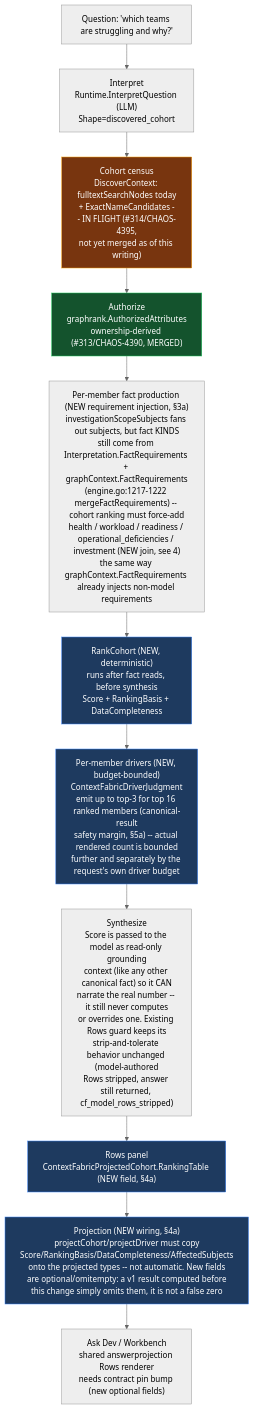
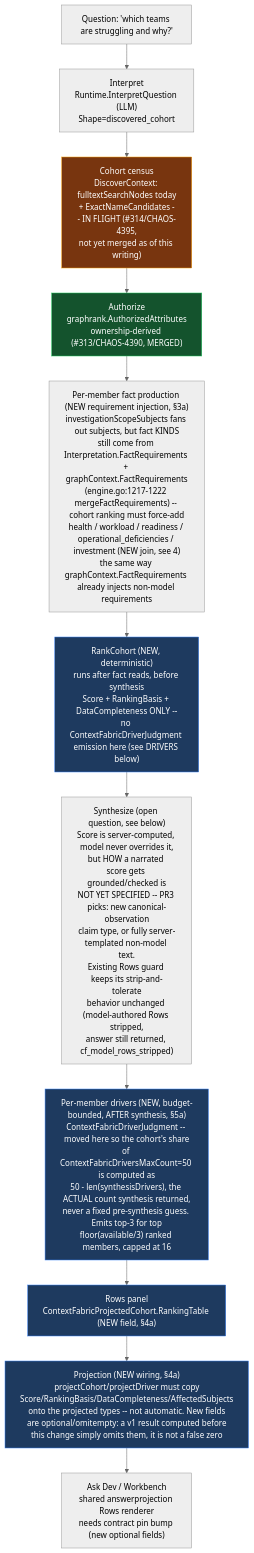
Before and after one commit to full-chaos/dev-health-acr: the first of 2 diagrams in docs/design/context-fabric-subject-model-and-cohort-answers.md, drawn with Mermaid (neutral theme). The commit also changed other lines of this file, not shown here.

Commit message:
docs: fix cohort design round 4 per codex (score grounding as open question, target-scalar availability, SourceTruncated resolution, post-synthesis driver budget, mix-shift tiebreak, AGENTS.md citation fixes)

````diff
--- a/docs/design/context-fabric-subject-model-and-cohort-answers.md
+++ b/docs/design/context-fabric-subject-model-and-cohort-answers.md
@@ -99,20 +99,20 @@
 ```mermaid
 flowchart TD
   Q["Question: 'which teams are struggling and why?'"] --> INTERPRET["Interpret<br/>Runtime.InterpretQuestion (LLM)<br/>Shape=discovered_cohort"]
   INTERPRET --> CENSUS["Cohort census<br/>DiscoverContext: fulltextSearchNodes today<br/>+ ExactNameCandidates -- IN FLIGHT (#314/CHAOS-4395,<br/>not yet merged as of this writing)"]
   CENSUS --> AUTHZ["Authorize<br/>graphrank.AuthorizedAttributes<br/>ownership-derived (#313/CHAOS-4390, MERGED)"]
   AUTHZ --> FACTS["Per-member fact production (NEW requirement injection, §3a)<br/>investigationScopeSubjects fans out subjects, but fact KINDS<br/>still come from Interpretation.FactRequirements + graphContext.FactRequirements<br/>(engine.go:1217-1222 mergeFactRequirements) -- cohort ranking must force-add<br/>health / workload / readiness / operational_deficiencies / investment (NEW join, see 4)<br/>the same way graphContext.FactRequirements already injects non-model requirements"]
-  FACTS --> RANK["RankCohort (NEW, deterministic)<br/>runs after fact reads, before synthesis<br/>Score + RankingBasis + DataCompleteness"]
-  RANK --> DRIVERS["Per-member drivers (NEW, budget-bounded)<br/>ContextFabricDriverJudgment<br/>emit up to top-3 for top 16 ranked members (canonical-result<br/>safety margin, §5a) -- actual rendered count is bounded<br/>further and separately by the request's own driver budget"]
-  DRIVERS --> SYNTH["Synthesize<br/>Score is passed to the model as read-only grounding<br/>context (like any other canonical fact) so it CAN<br/>narrate the real number -- it still never computes<br/>or overrides one. Existing Rows guard keeps its<br/>strip-and-tolerate behavior unchanged (model-authored<br/>Rows stripped, answer still returned, cf_model_rows_stripped)"]
-  SYNTH --> ROWS["Rows panel<br/>ContextFabricProjectedCohort.RankingTable (NEW field, §4a)"]
+  FACTS --> RANK["RankCohort (NEW, deterministic)<br/>runs after fact reads, before synthesis<br/>Score + RankingBasis + DataCompleteness ONLY --<br/>no ContextFabricDriverJudgment emission here (see DRIVERS below)"]
+  RANK --> SYNTH["Synthesize (open question, see below)<br/>Score is server-computed, model never overrides it,<br/>but HOW a narrated score gets grounded/checked is<br/>NOT YET SPECIFIED -- PR3 picks: new canonical-observation<br/>claim type, or fully server-templated non-model text.<br/>Existing Rows guard keeps its strip-and-tolerate<br/>behavior unchanged (model-authored Rows stripped,<br/>answer still returned, cf_model_rows_stripped)"]
+  SYNTH --> DRIVERS["Per-member drivers (NEW, budget-bounded, AFTER synthesis, §5a)<br/>ContextFabricDriverJudgment -- moved here so the cohort's share<br/>of ContextFabricDriversMaxCount=50 is computed as<br/>50 - len(synthesisDrivers), the ACTUAL count synthesis returned,<br/>never a fixed pre-synthesis guess. Emits top-3 for top<br/>floor(available/3) ranked members, capped at 16"]
+  DRIVERS --> ROWS["Rows panel<br/>ContextFabricProjectedCohort.RankingTable (NEW field, §4a)"]
   ROWS --> PROJECT["Projection (NEW wiring, §4a)<br/>projectCohort/projectDriver must copy<br/>Score/RankingBasis/DataCompleteness/AffectedSubjects<br/>onto the projected types -- not automatic. New fields<br/>are optional/omitempty: a v1 result computed before<br/>this change simply omits them, it is not a false zero"]
   PROJECT --> ASKDEV["Ask Dev / Workbench<br/>shared answerprojection Rows renderer<br/>needs contract pin bump (new optional fields)"]
 
   classDef gap fill:#78350f,stroke:#f59e0b,color:#ffffff
   classDef fixed fill:#14532d,stroke:#22c55e,color:#ffffff
   classDef newnode fill:#1e3a5f,stroke:#3b82f6,color:#ffffff
   class CENSUS gap
   class AUTHZ fixed
   class RANK,DRIVERS,ROWS,PROJECT newnode
 ```
````
